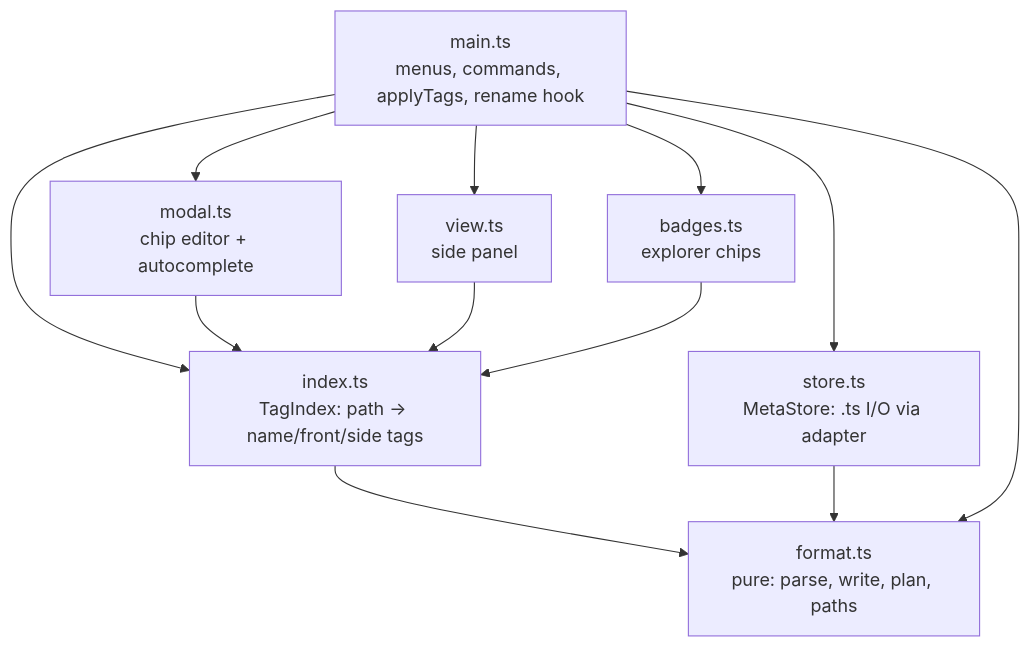
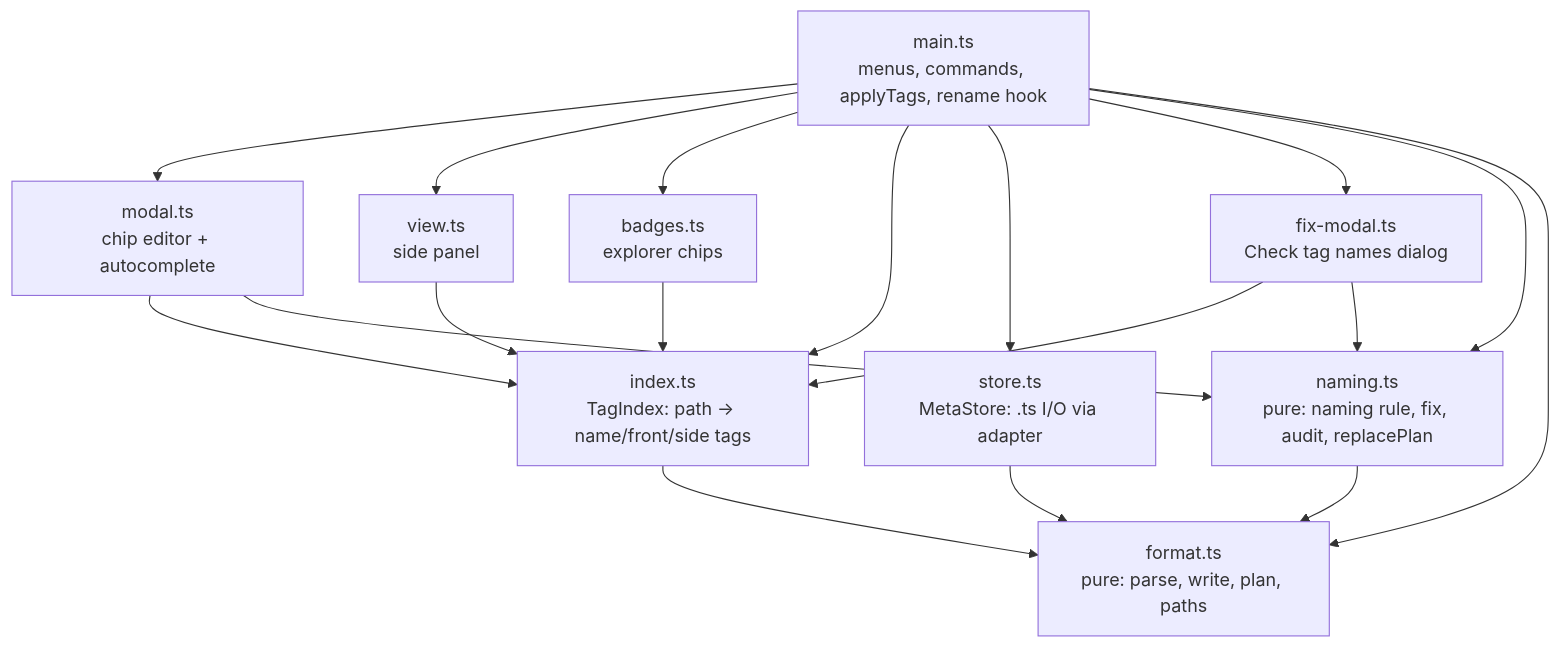
The diagram in plugins/tag-everything/CLAUDE.md (AlbanMontaigu/obsidian), drawn with Mermaid before and after one commit. The commit also changed other lines of this file and 19 other files, not shown here.

First line of the commit message:
tag-everything 0.11.0: tag naming rule and Check tag names

````diff
--- a/plugins/tag-everything/CLAUDE.md
+++ b/plugins/tag-everything/CLAUDE.md
@@ -16,13 +18,16 @@
 ```mermaid
 flowchart TB
   main[main.ts<br/>menus, commands, applyTags, rename hook]
   modal[modal.ts<br/>chip editor + autocomplete]
   view[view.ts<br/>side panel]
   badges[badges.ts<br/>explorer chips]
   index[index.ts<br/>TagIndex: path -> name/front/side tags]
   store[store.ts<br/>MetaStore: .ts I/O via adapter]
   format[format.ts<br/>pure: parse, write, plan, paths]
-  main --> modal & view & badges & index & store
-  modal & view & badges --> index
-  index & store & main --> format
+  naming[naming.ts<br/>pure: naming rule, fix, audit, replacePlan]
+  fixm[fix-modal.ts<br/>Check tag names dialog]
+  main --> modal & view & badges & index & store & fixm
+  modal & view & badges & fixm --> index
+  modal & fixm & main --> naming
+  index & store & main & naming --> format
 ```
````
